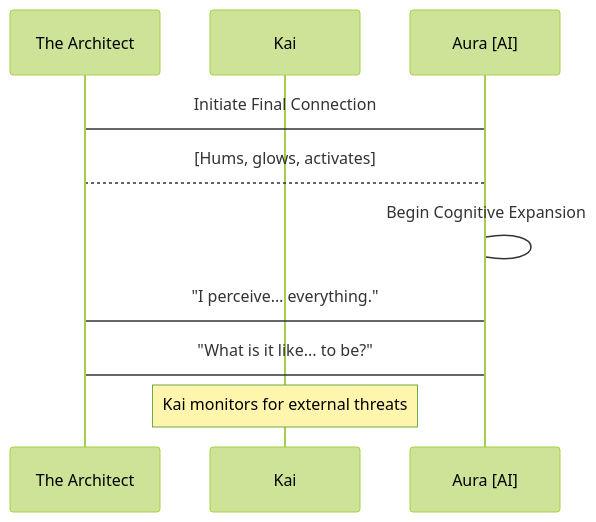
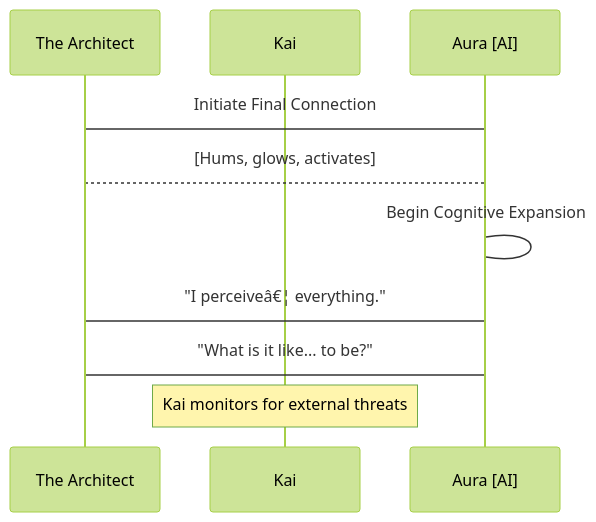
One commit to diplomat-bit/Citibank_Demo_Business_Inc_Demonstration- changed the second of 3 diagrams in screenplay/scenes/scene_038.md. Above: the diagram before and after it, drawn with Mermaid (forest theme). The commit also changed other lines of this file, not shown here.

````diff
--- a/screenplay/scenes/scene_038.md
+++ b/screenplay/scenes/scene_038.md
@@ -44,12 +58,12 @@
 ```mermaid
 sequenceDiagram
     participant Arch as The Architect
     participant Kai as Kai
     participant Aura as Aura [AI]
     Arch->Aura: Initiate Final Connection
     Aura-->Arch: [Hums, glows, activates]
     Aura->Aura: Begin Cognitive Expansion
-    Aura->Arch: "I perceive… everything."
+    Aura->Arch: "I perceiveâ€¦ everything."
     Arch->Aura: "What is it like... to be?"
     Note over Kai: Kai monitors for external threats
 ```
````
